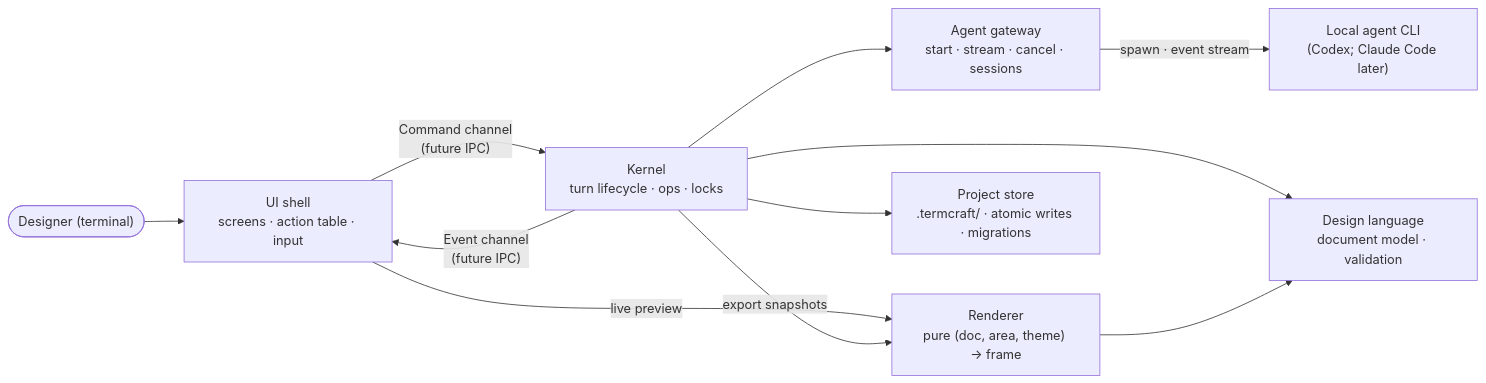
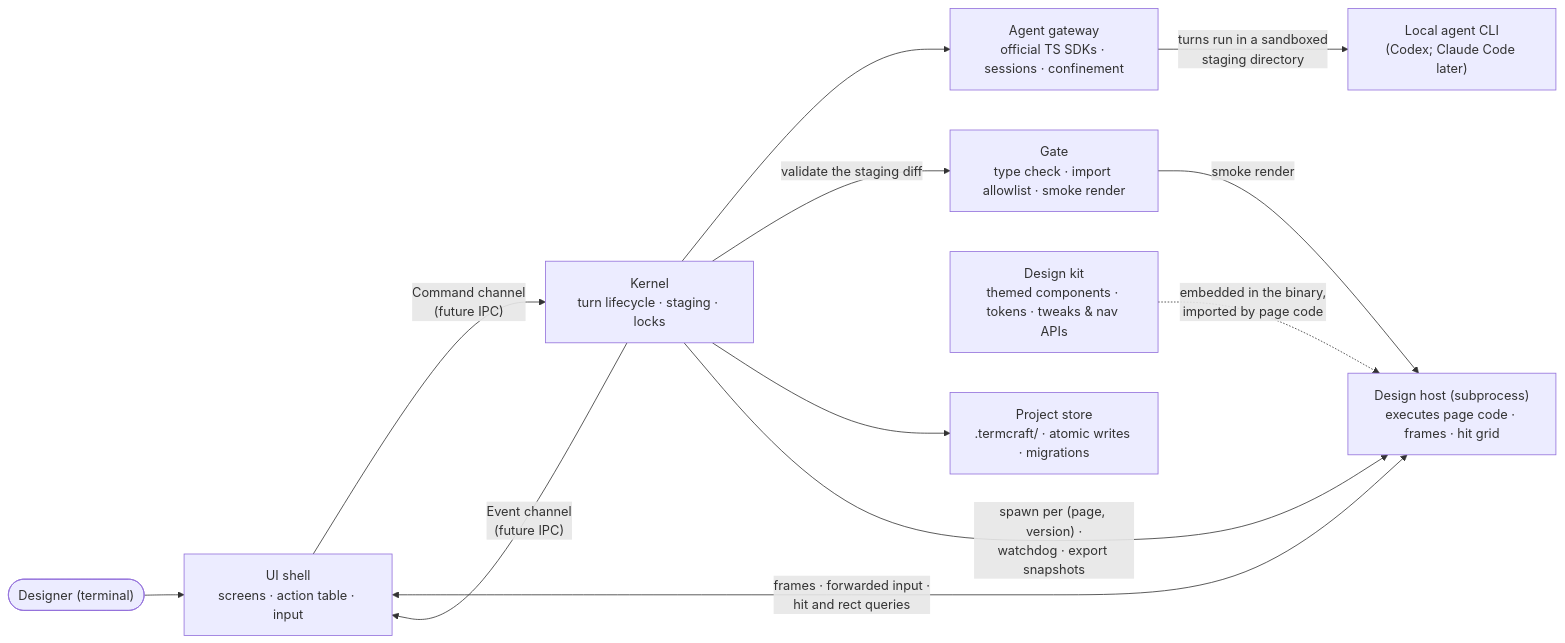
One commit to khmilevoi/termcraft changed the diagram in docs/architecture/modules.md. Above: the diagram before and after it, drawn with Mermaid. The commit also changed other lines of this file and 12 other files, not shown here.

First line of the commit message:
docs: the design-runtime pivot - designs are OpenTUI code, termcraft is TypeScript

````diff
--- a/docs/architecture/modules.md
+++ b/docs/architecture/modules.md
@@ -3,22 +3,24 @@
 ```mermaid
 flowchart LR
     designer(["Designer (terminal)"]) --> uishell
     cli["Local agent CLI<br/>(Codex; Claude Code later)"]
 
     uishell["UI shell<br/>screens · action table · input"]
-    kernel["Kernel<br/>turn lifecycle · ops · locks"]
-    gateway["Agent gateway<br/>start · stream · cancel · sessions"]
-    lang["Design language<br/>document model · validation"]
-    renderer["Renderer<br/>pure (doc, area, theme) → frame"]
+    kernel["Kernel<br/>turn lifecycle · staging · locks"]
+    gateway["Agent gateway<br/>official TS SDKs · sessions · confinement"]
+    gate["Gate<br/>type check · import allowlist · smoke render"]
+    kit["Design kit<br/>themed components · tokens · tweaks & nav APIs"]
+    host["Design host (subprocess)<br/>executes page code · frames · hit grid"]
     pstore["Project store<br/>.termcraft/ · atomic writes · migrations"]
 
     uishell -- "Command channel<br/>(future IPC)" --> kernel
     kernel -- "Event channel<br/>(future IPC)" --> uishell
     kernel --> gateway
-    gateway -- "spawn · event stream" --> cli
-    kernel --> lang
+    gateway -- "turns run in a sandboxed<br/>staging directory" --> cli
+    kernel -- "validate the staging diff" --> gate
     kernel --> pstore
-    uishell -- "live preview" --> renderer
-    kernel -- "export snapshots" --> renderer
-    renderer --> lang
+    kernel -- "spawn per (page, version) ·<br/>watchdog · export snapshots" --> host
+    uishell <-- "frames · forwarded input ·<br/>hit and rect queries" --> host
+    gate -- "smoke render" --> host
+    kit -. "embedded in the binary,<br/>imported by page code" .-> host
 ```
````
